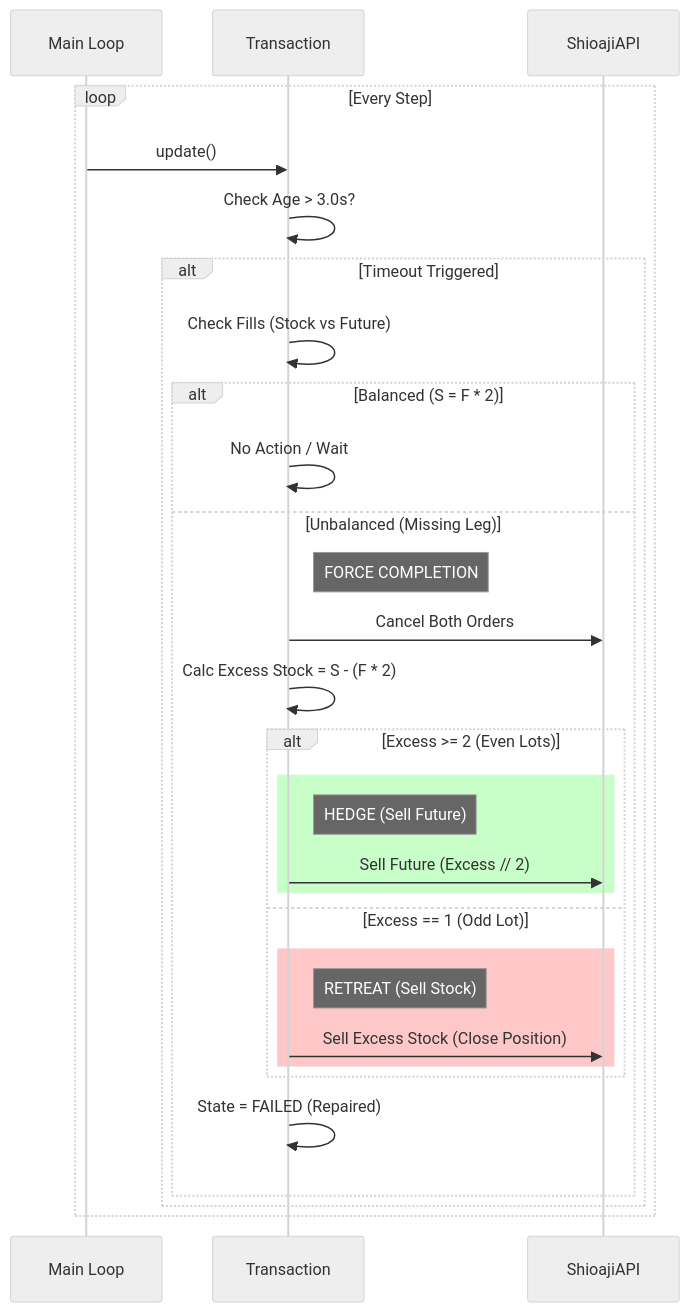
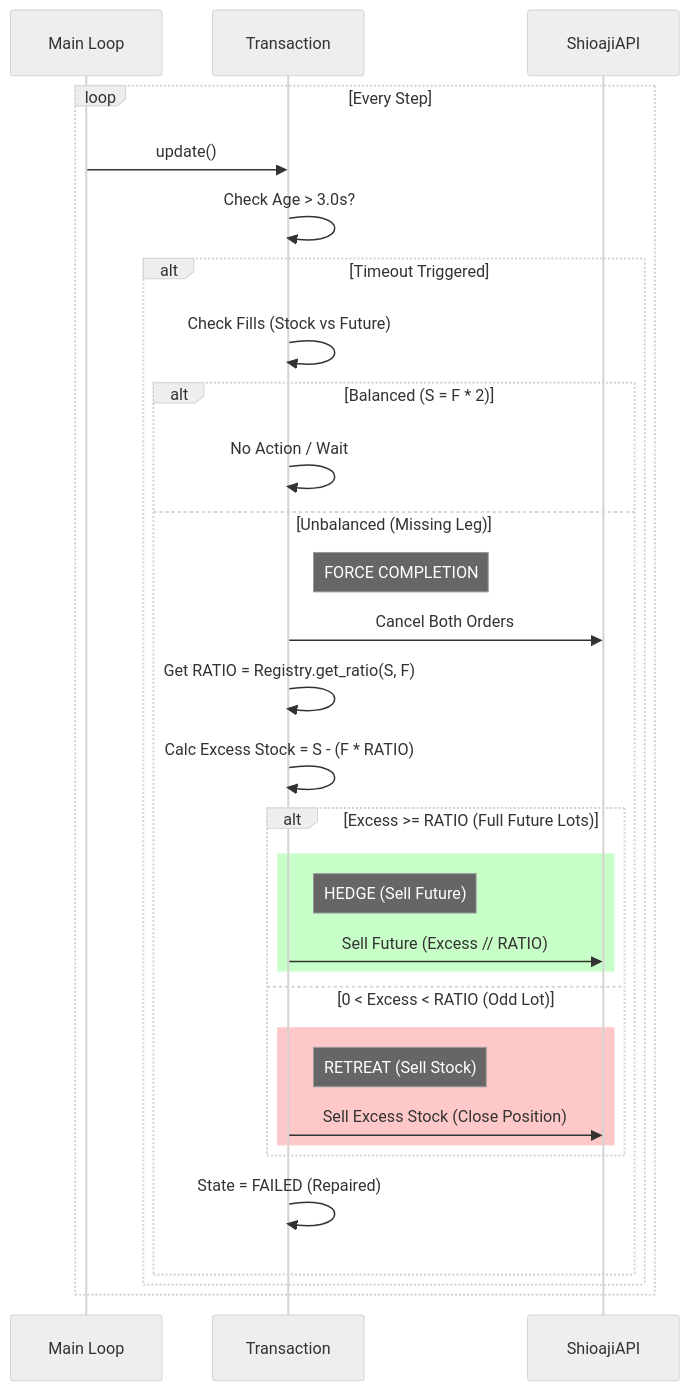
Before and after one commit to yupao-tsai/trading: the seventh of 9 diagrams in source_code_interpretation.md, drawn with Mermaid (neutral theme). The commit also changed other lines of this file and 2 other files, not shown here.

````diff
--- a/source_code_interpretation.md
+++ b/source_code_interpretation.md
@@ -378,38 +389,39 @@
 ```mermaid
 sequenceDiagram
     participant Main as Main Loop
     participant Tx as Transaction
     participant API as ShioajiAPI
     
     loop Every Step
         Main->>Tx: update()
         Tx->>Tx: Check Age > 3.0s?
         
         alt Timeout Triggered
              Tx->>Tx: Check Fills (Stock vs Future)
              
              alt Balanced (S = F * 2)
                  Tx->>Tx: No Action / Wait
              else Unbalanced (Missing Leg)
                  Note right of Tx: FORCE COMPLETION
                  Tx->>API: Cancel Both Orders
                  
-                 Tx->>Tx: Calc Excess Stock = S - (F * 2)
+                 Tx->>Tx: Get RATIO = Registry.get_ratio(S, F)
+                 Tx->>Tx: Calc Excess Stock = S - (F * RATIO)
                  
-                 alt Excess >= 2 (Even Lots)
+                 alt Excess >= RATIO (Full Future Lots)
                     rect rgb(200, 255, 200)
                         Note right of Tx: HEDGE (Sell Future)
-                        Tx->>API: Sell Future (Excess // 2)
+                        Tx->>API: Sell Future (Excess // RATIO)
                     end
-                 else Excess == 1 (Odd Lot)
+                 else 0 < Excess < RATIO (Odd Lot)
                     rect rgb(255, 200, 200)
                         Note right of Tx: RETREAT (Sell Stock)
                         Tx->>API: Sell Excess Stock (Close Position)
                     end
                  end
                  
                  Tx->>Tx: State = FAILED (Repaired)
              end
         end
     end
 ```
````
